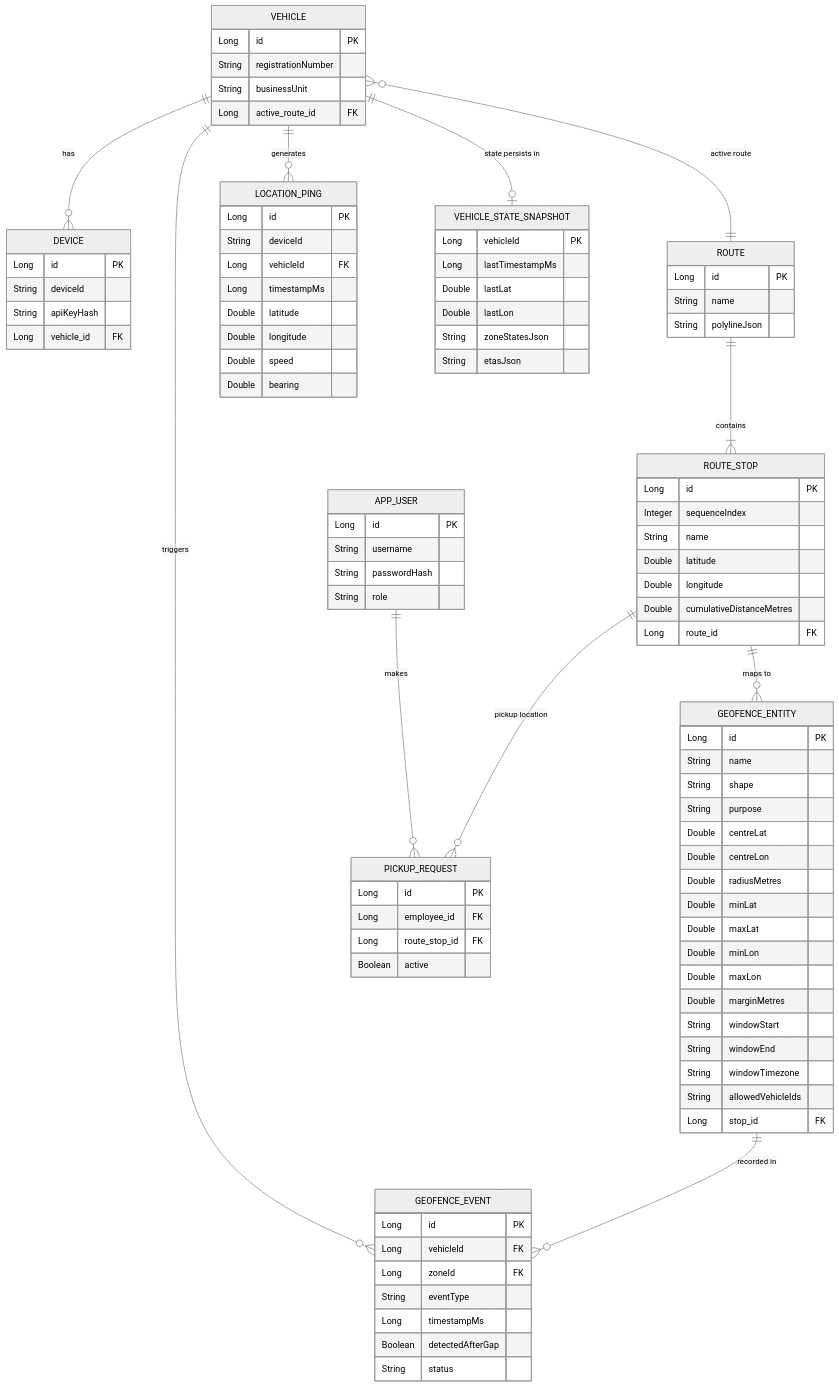
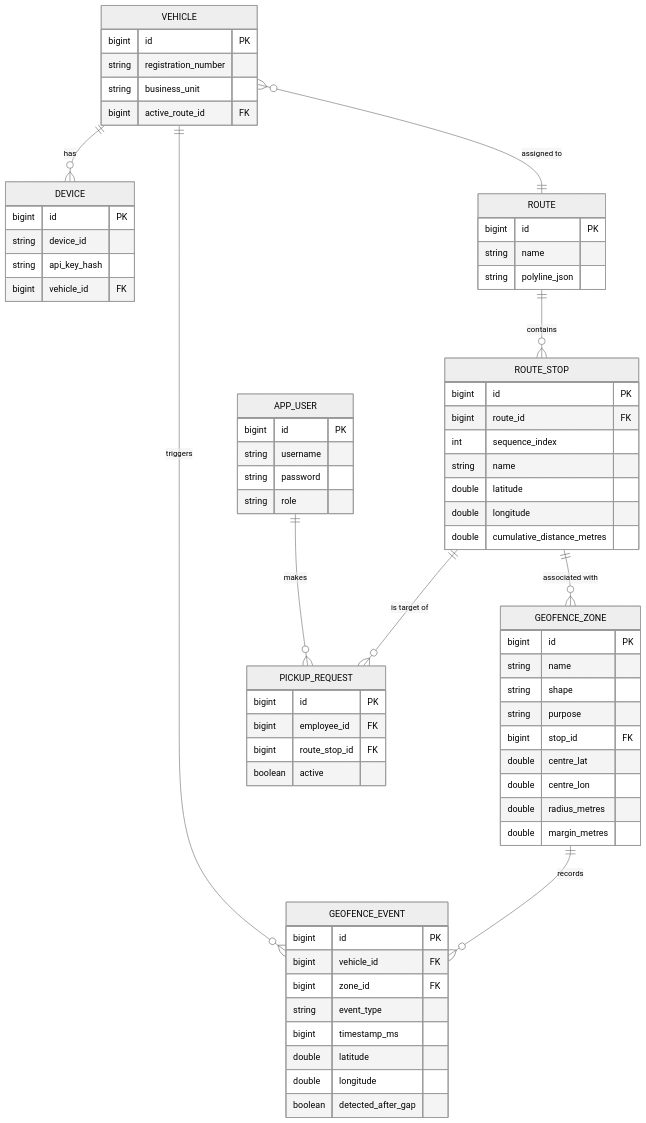
The diagram in README.md (aman68695613/vehicle-tracking-service), drawn with Mermaid (neutral theme) before and after one commit. The commit also changed other lines of this file and 24 other files, not shown here.

Commit message:
Fix API bugs, mockmvc security tests, and add README with ER diagram

````diff
--- a/README.md
+++ b/README.md
@@ -8,98 +14,78 @@
 ```mermaid
 erDiagram
     VEHICLE {
-        Long id PK
-        String registrationNumber
-        String businessUnit
-        Long active_route_id FK
+        bigint id PK
+        string registration_number
+        string business_unit
+        bigint active_route_id FK
     }
+    
     DEVICE {
-        Long id PK
-        String deviceId
-        String apiKeyHash
-        Long vehicle_id FK
+        bigint id PK
+        string device_id
+        string api_key_hash
+        bigint vehicle_id FK
     }
+    
     ROUTE {
-        Long id PK
-        String name
-        String polylineJson
+        bigint id PK
+        string name
+        string polyline_json
     }
+    
     ROUTE_STOP {
-        Long id PK
-        Integer sequenceIndex
-        String name
-        Double latitude
-        Double longitude
-        Double cumulativeDistanceMetres
-        Long route_id FK
+        bigint id PK
+        bigint route_id FK
+        int sequence_index
+        string name
+        double latitude
+        double longitude
+        double cumulative_distance_metres
     }
-    GEOFENCE_ENTITY {
-        Long id PK
-        String name
-        String shape
-        String purpose
-        Double centreLat
-        Double centreLon
-        Double radiusMetres
-        Double minLat
-        Double maxLat
-        Double minLon
-        Double maxLon
-        Double marginMetres
-        String windowStart
-        String windowEnd
-        String windowTimezone
-        String allowedVehicleIds
-        Long stop_id FK
+    
+    GEOFENCE_ZONE {
+        bigint id PK
+        string name
+        string shape
+        string purpose
+        bigint stop_id FK
+        double centre_lat
+        double centre_lon
+        double radius_metres
+        double margin_metres
     }
+    
+    APP_USER {
+        bigint id PK
+        string username
+        string password
+        string role
+    }
+    
+    PICKUP_REQUEST {
+        bigint id PK
+        bigint employee_id FK
+        bigint route_stop_id FK
+        boolean active
+    }
+    
     GEOFENCE_EVENT {
-        Long id PK
-        Long vehicleId FK
-        Long zoneId FK
-        String eventType
-        Long timestampMs
-        Boolean detectedAfterGap
-        String status
+        bigint id PK
+        bigint vehicle_id FK
+        bigint zone_id FK
+        string event_type
+        bigint timestamp_ms
+        double latitude
+        double longitude
+        boolean detected_after_gap
     }
-    LOCATION_PING {
-        Long id PK
-        String deviceId
-        Long vehicleId FK
-        Long timestampMs
-        Double latitude
-        Double longitude
-        Double speed
-        Double bearing
-    }
-    VEHICLE_STATE_SNAPSHOT {
-        Long vehicleId PK
-        Long lastTimestampMs
-        Double lastLat
-        Double lastLon
-        String zoneStatesJson
-        String etasJson
-    }
-    APP_USER {
-        Long id PK
-        String username
-        String passwordHash
-        String role
-    }
-    PICKUP_REQUEST {
-        Long id PK
-        Long employee_id FK
-        Long route_stop_id FK
-        Boolean active
-    }
-
+    
     VEHICLE ||--o{ DEVICE : "has"
-    VEHICLE }o--|| ROUTE : "active route"
-    ROUTE ||--|{ ROUTE_STOP : "contains"
-    ROUTE_STOP ||--o{ GEOFENCE_ENTITY : "maps to"
-    VEHICLE ||--o{ LOCATION_PING : "generates"
+    ROUTE ||--o{ ROUTE_STOP : "contains"
+    VEHICLE }o--|| ROUTE : "assigned to"
+    ROUTE_STOP ||--o{ GEOFENCE_ZONE : "associated with"
+    APP_USER ||--o{ PICKUP_REQUEST : "makes"
+    ROUTE_STOP ||--o{ PICKUP_REQUEST : "is target of"
     VEHICLE ||--o{ GEOFENCE_EVENT : "triggers"
-    GEOFENCE_ENTITY ||--o{ GEOFENCE_EVENT : "recorded in"
-    APP_USER ||--o{ PICKUP_REQUEST : "makes"
-    ROUTE_STOP ||--o{ PICKUP_REQUEST : "pickup location"
-    VEHICLE ||--o| VEHICLE_STATE_SNAPSHOT : "state persists in"
+    GEOFENCE_ZONE ||--o{ GEOFENCE_EVENT : "records"
 ```
````
